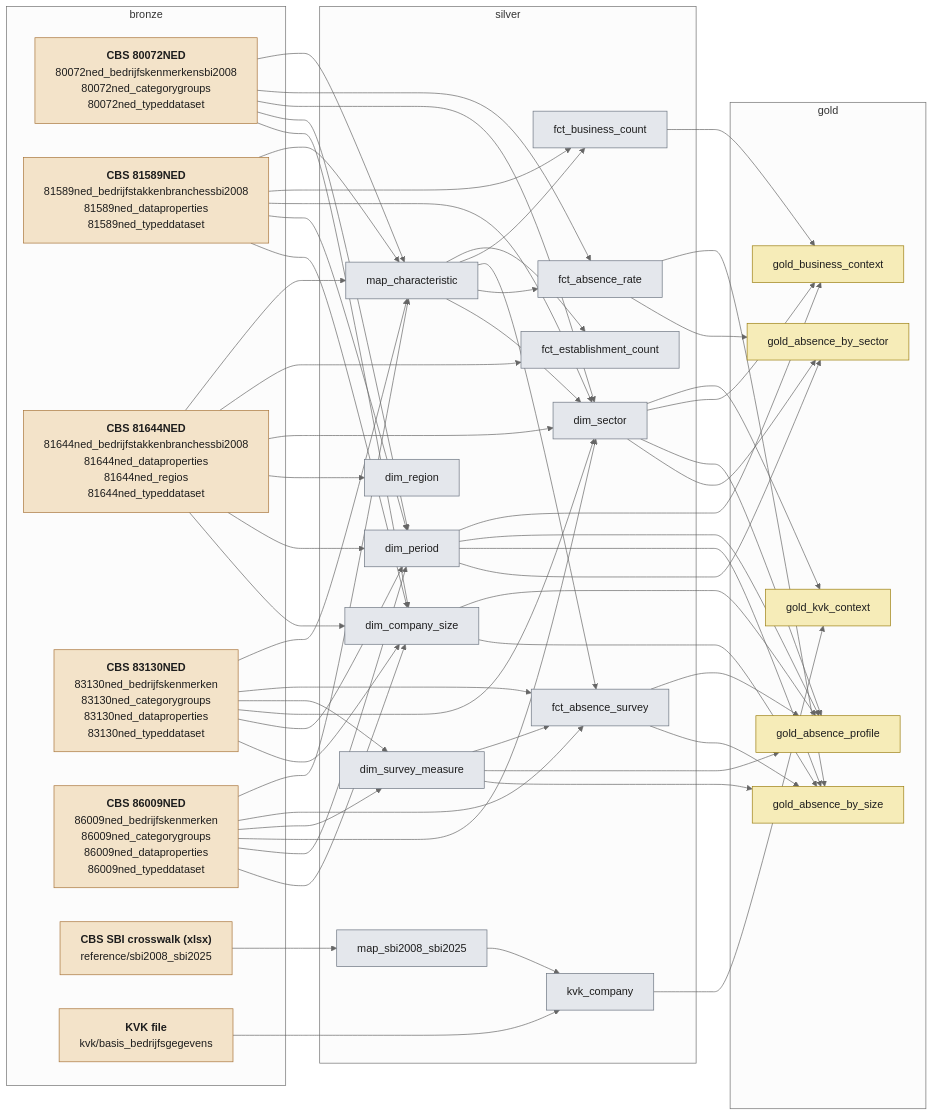
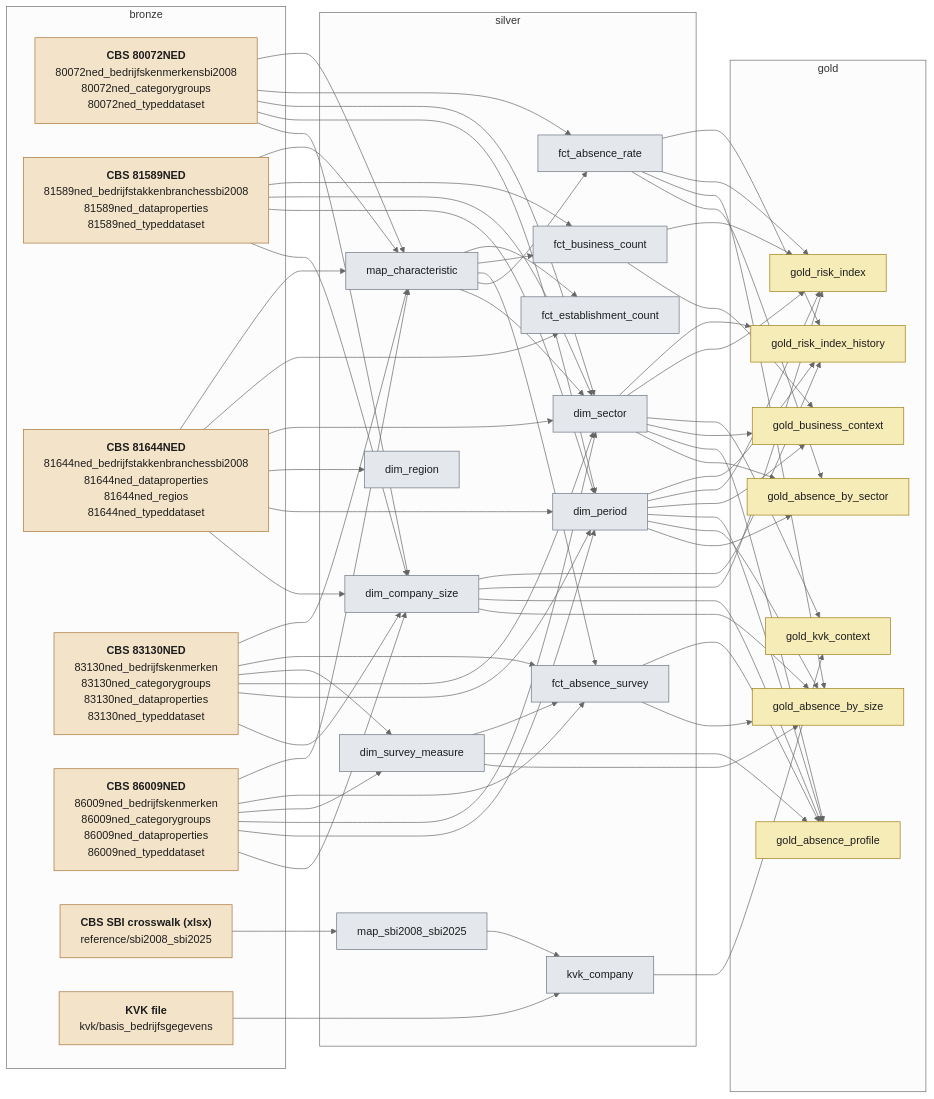
One commit to stefancodecommit/AOV_Lakehouse changed the first of 20 diagrams in docs/lineage.md. Above: the diagram before and after it, drawn with Mermaid (neutral theme). The commit also changed other lines of this file and 18 other files, not shown here.

First line of the commit message:
Risk index for the insurer's data analyst (gold + dashboard page)

```diff
--- a/docs/lineage.md
+++ b/docs/lineage.md
@@ -49,25 +49,36 @@
     n_gold_gold_absence_profile["gold_absence_profile"]:::gold
     n_gold_gold_business_context["gold_business_context"]:::gold
     n_gold_gold_kvk_context["gold_kvk_context"]:::gold
+    n_gold_gold_risk_index["gold_risk_index"]:::gold
+    n_gold_gold_risk_index_history["gold_risk_index_history"]:::gold
   end
   n_silver_dim_company_size --> n_gold_gold_absence_by_size
   n_silver_dim_company_size --> n_gold_gold_absence_profile
+  n_silver_dim_company_size --> n_gold_gold_risk_index
+  n_silver_dim_company_size --> n_gold_gold_risk_index_history
   n_silver_dim_period --> n_gold_gold_absence_by_sector
   n_silver_dim_period --> n_gold_gold_absence_by_size
   n_silver_dim_period --> n_gold_gold_absence_profile
   n_silver_dim_period --> n_gold_gold_business_context
+  n_silver_dim_period --> n_gold_gold_risk_index
+  n_silver_dim_period --> n_gold_gold_risk_index_history
   n_silver_dim_sector --> n_gold_gold_absence_by_sector
   n_silver_dim_sector --> n_gold_gold_absence_profile
   n_silver_dim_sector --> n_gold_gold_business_context
   n_silver_dim_sector --> n_gold_gold_kvk_context
+  n_silver_dim_sector --> n_gold_gold_risk_index
+  n_silver_dim_sector --> n_gold_gold_risk_index_history
   n_silver_dim_survey_measure --> n_gold_gold_absence_by_size
   n_silver_dim_survey_measure --> n_gold_gold_absence_profile
   n_silver_dim_survey_measure --> n_silver_fct_absence_survey
   n_silver_fct_absence_rate --> n_gold_gold_absence_by_sector
   n_silver_fct_absence_rate --> n_gold_gold_absence_by_size
+  n_silver_fct_absence_rate --> n_gold_gold_risk_index
+  n_silver_fct_absence_rate --> n_gold_gold_risk_index_history
   n_silver_fct_absence_survey --> n_gold_gold_absence_by_size
   n_silver_fct_absence_survey --> n_gold_gold_absence_profile
   n_silver_fct_business_count --> n_gold_gold_business_context
+  n_silver_fct_business_count --> n_gold_gold_risk_index
   n_silver_kvk_company --> n_gold_gold_kvk_context
   n_silver_map_characteristic --> n_silver_dim_sector
   n_silver_map_characteristic --> n_silver_fct_absence_rate
```
